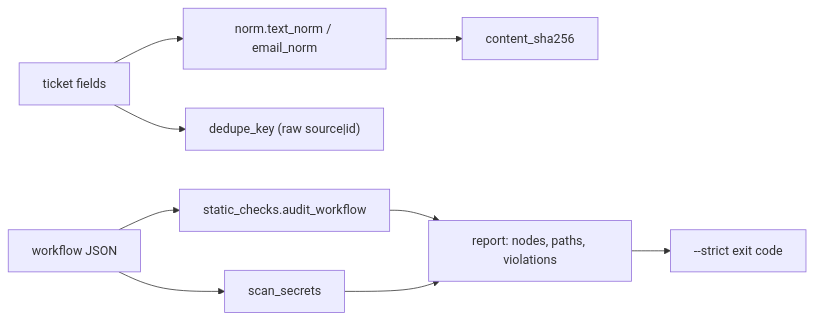
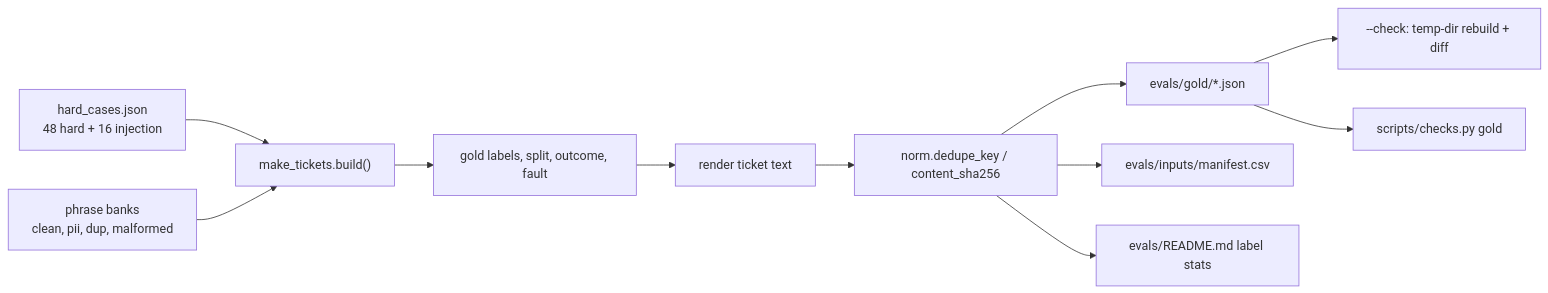
One commit to beyondalgorithms2026-source/support-triage-n8n changed the diagram in .ai/REVIEW.md. Above: the diagram before and after it, drawn with Mermaid. The commit also changed other lines of this file and 209 other files, not shown here.

````diff
--- a/.ai/REVIEW.md
+++ b/.ai/REVIEW.md
@@ -10,11 +10,13 @@
 ```mermaid
 flowchart LR
-  T["ticket fields"] --> N["norm.text_norm / email_norm"]
-  N --> C["content_sha256"]
-  T --> D["dedupe_key (raw source|id)"]
-  W["workflow JSON"] --> S["static_checks.audit_workflow"]
-  W --> X["scan_secrets"]
-  S --> R["report: nodes, paths, violations"]
-  X --> R
-  R --> E["--strict exit code"]
+  H["hard_cases.json<br/>48 hard + 16 injection"] --> B["make_tickets.build()"]
+  P["phrase banks<br/>clean, pii, dup, malformed"] --> B
+  B --> L["gold labels, split, outcome, fault"]
+  L --> R["render ticket text"]
+  R --> K["norm.dedupe_key / content_sha256"]
+  K --> G["evals/gold/*.json"]
+  K --> M["evals/inputs/manifest.csv"]
+  K --> S["evals/README.md label stats"]
+  G --> C["--check: temp-dir rebuild + diff"]
+  G --> X["scripts/checks.py gold"]
 ```
````
